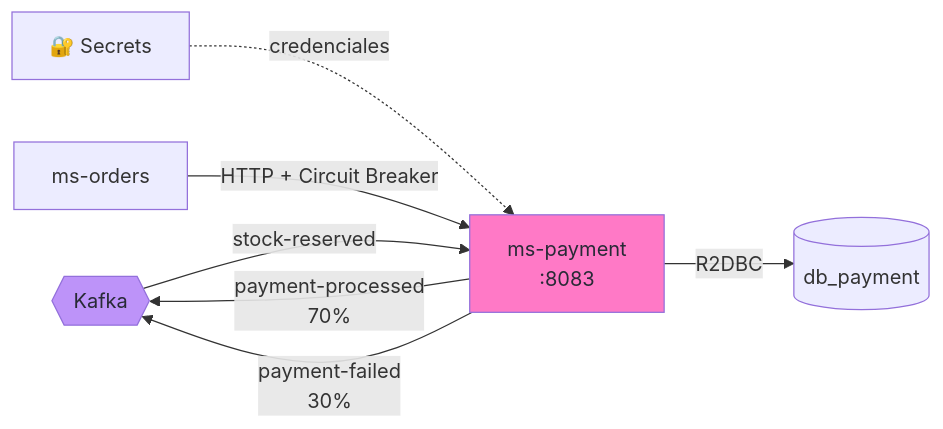
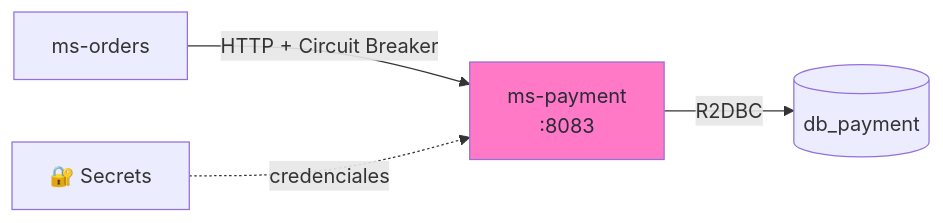
The first of 2 diagrams in lab_2_arka_microservicios_reactivos/docs/modulos/08-ms-payment-implementacion.md (ManuLasker/enyoi_java_slides), drawn with Mermaid before and after one commit. The commit also changed other lines of this file and 2 other files, not shown here.

````diff
--- a/lab_2_arka_microservicios_reactivos/docs/modulos/08-ms-payment-implementacion.md
+++ b/lab_2_arka_microservicios_reactivos/docs/modulos/08-ms-payment-implementacion.md
@@ -19,12 +19,8 @@
 ```mermaid
 flowchart LR
-    K{{Kafka}} -->|stock-reserved| PAY[ms-payment<br>:8083]
-    PAY -->|payment-processed<br>70%| K
-    PAY -->|payment-failed<br>30%| K
+    O[ms-orders] -->|HTTP + Circuit Breaker| PAY[ms-payment<br>:8083]
     PAY -->|R2DBC| DB[(db_payment)]
     SM[🔐 Secrets] -.->|credenciales| PAY
-    O[ms-orders] -->|HTTP + Circuit Breaker| PAY
 
     style PAY fill:#ff79c6,color:#282a36
-    style K fill:#bd93f9,color:#282a36
 ```
````
